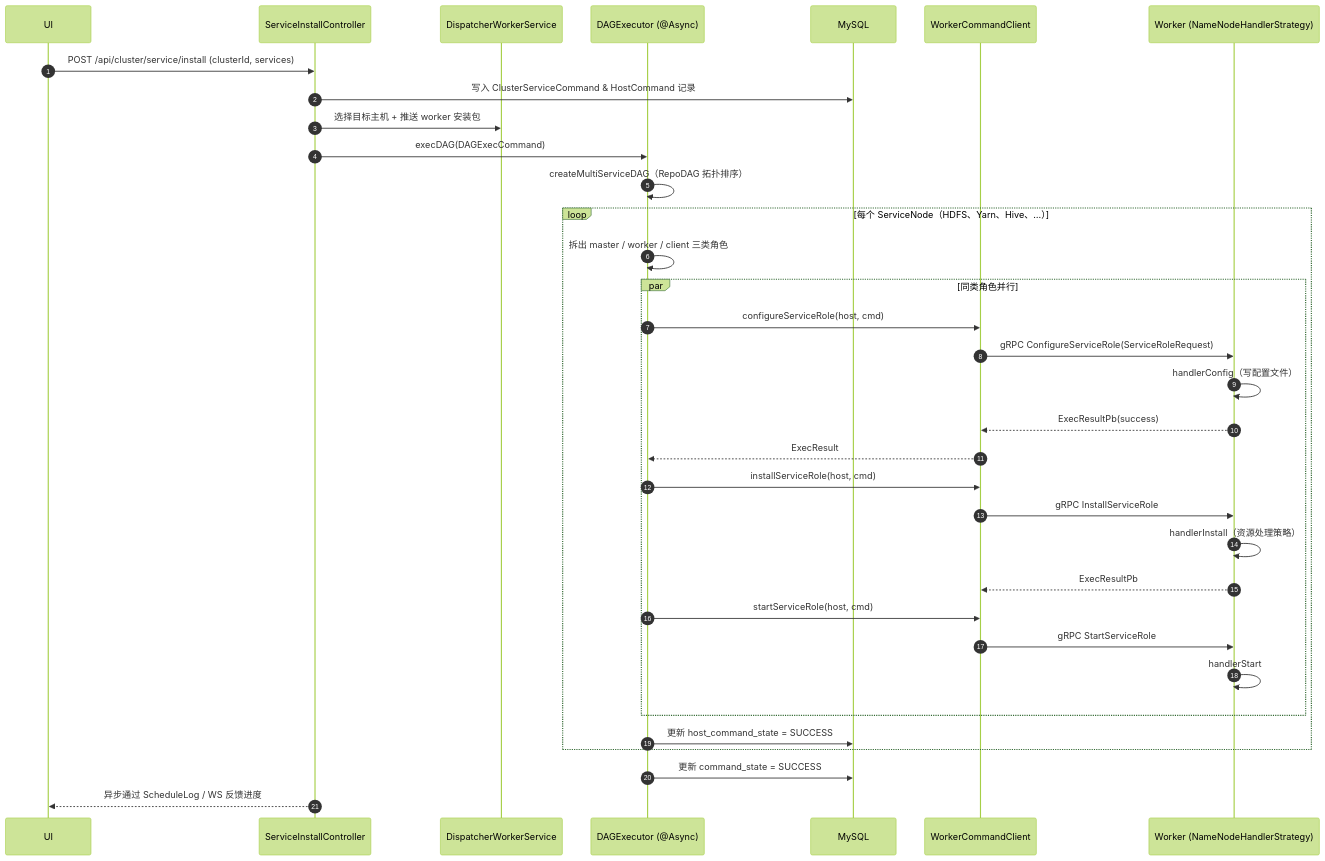
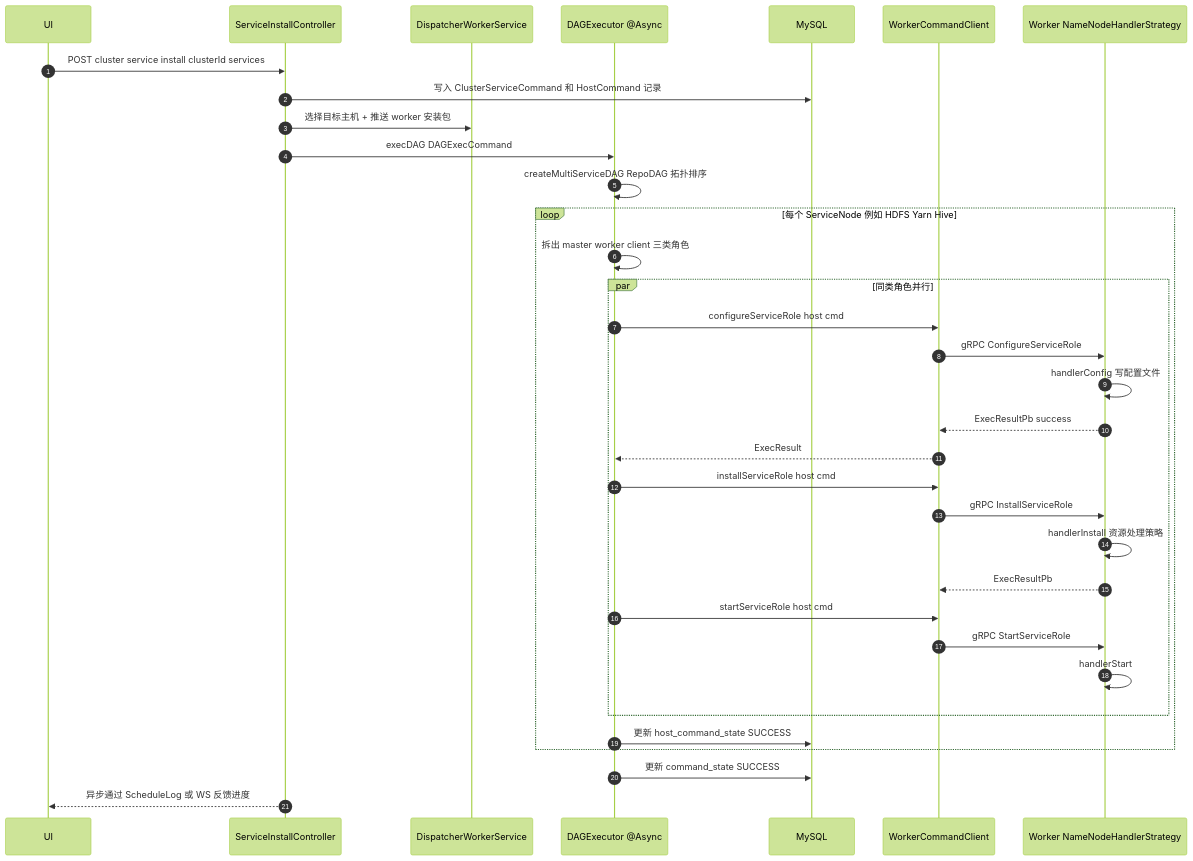
The fifth of 9 diagrams in ARCHITECTURE.md (88fantasy/datasophon), drawn with Mermaid (forest theme) before and after one commit. The commit also changed other lines of this file and 45 other files, not shown here.

First line of the commit message:
build(assembly): 新增 datasophon-assembly 模块，统一打包 api/worker/cli

````diff
--- a/ARCHITECTURE.md
+++ b/ARCHITECTURE.md
@@ -312,38 +323,38 @@
 ```mermaid
 sequenceDiagram
     autonumber
     participant U as UI
     participant API as ServiceInstallController
     participant DS as DispatcherWorkerService
-    participant DAG as DAGExecutor (@Async)
+    participant DAG as DAGExecutor @Async
     participant DB as MySQL
     participant Cli as WorkerCommandClient
-    participant Wkr as Worker (NameNodeHandlerStrategy)
+    participant Wkr as Worker NameNodeHandlerStrategy
 
-    U->>API: POST /api/cluster/service/install (clusterId, services)
-    API->>DB: 写入 ClusterServiceCommand & HostCommand 记录
+    U->>API: POST cluster service install clusterId services
+    API->>DB: 写入 ClusterServiceCommand 和 HostCommand 记录
     API->>DS: 选择目标主机 + 推送 worker 安装包
-    API->>DAG: execDAG(DAGExecCommand)
-    DAG->>DAG: createMultiServiceDAG（RepoDAG 拓扑排序）
+    API->>DAG: execDAG DAGExecCommand
+    DAG->>DAG: createMultiServiceDAG RepoDAG 拓扑排序
 
-    loop 每个 ServiceNode（HDFS、Yarn、Hive、…）
-        DAG->>DAG: 拆出 master / worker / client 三类角色
+    loop 每个 ServiceNode 例如 HDFS Yarn Hive
+        DAG->>DAG: 拆出 master worker client 三类角色
         par 同类角色并行
-            DAG->>Cli: configureServiceRole(host, cmd)
-            Cli->>Wkr: gRPC ConfigureServiceRole(ServiceRoleRequest)
-            Wkr->>Wkr: handlerConfig（写配置文件）
-            Wkr-->>Cli: ExecResultPb(success)
+            DAG->>Cli: configureServiceRole host cmd
+            Cli->>Wkr: gRPC ConfigureServiceRole
+            Wkr->>Wkr: handlerConfig 写配置文件
+            Wkr-->>Cli: ExecResultPb success
             Cli-->>DAG: ExecResult
-            DAG->>Cli: installServiceRole(host, cmd)
+            DAG->>Cli: installServiceRole host cmd
             Cli->>Wkr: gRPC InstallServiceRole
-            Wkr->>Wkr: handlerInstall（资源处理策略）
+            Wkr->>Wkr: handlerInstall 资源处理策略
             Wkr-->>Cli: ExecResultPb
-            DAG->>Cli: startServiceRole(host, cmd)
+            DAG->>Cli: startServiceRole host cmd
             Cli->>Wkr: gRPC StartServiceRole
             Wkr->>Wkr: handlerStart
         end
-        DAG->>DB: 更新 host_command_state = SUCCESS
+        DAG->>DB: 更新 host_command_state SUCCESS
     end
-    DAG->>DB: 更新 command_state = SUCCESS
-    API-->>U: 异步通过 ScheduleLog / WS 反馈进度
+    DAG->>DB: 更新 command_state SUCCESS
+    API-->>U: 异步通过 ScheduleLog 或 WS 反馈进度
 ```
````
